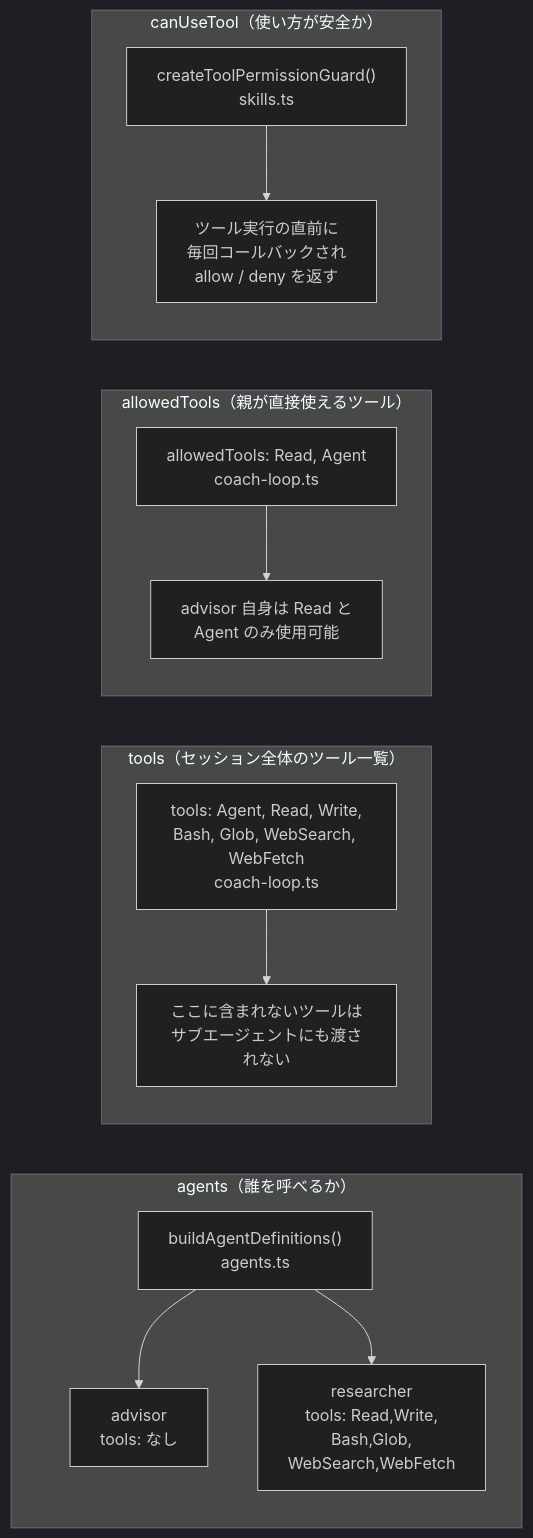
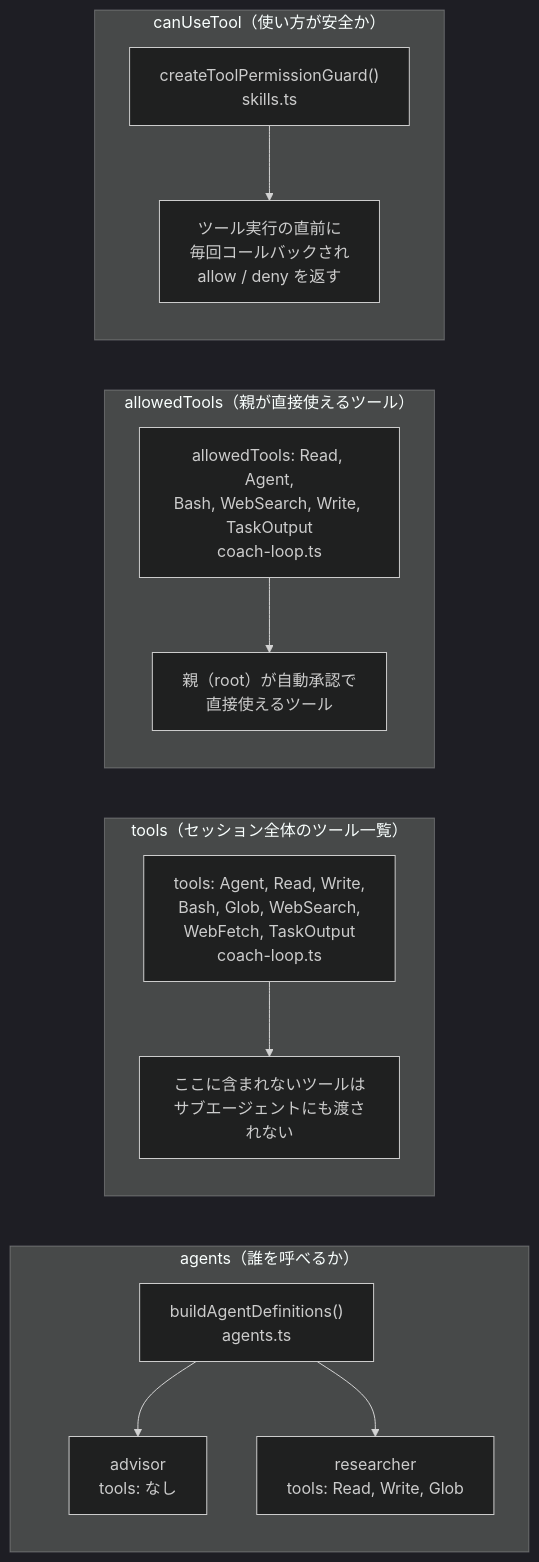
Diagram 17 of 30 in docs/architecture.md (yukaorange/dcc_suport), drawn with Mermaid (dark theme) before and after one commit. The commit also changed other lines of this file and 5 other files, not shown here.

````diff
--- a/docs/architecture.md
+++ b/docs/architecture.md
@@ -512,23 +512,23 @@
 ```mermaid
 flowchart LR
     subgraph agents_prop ["agents（誰を呼べるか）"]
         Def["buildAgentDefinitions()<br>agents.ts"]
         Def --> Advisor2["advisor<br>tools: なし"]
-        Def --> Researcher2["researcher<br>tools: Read,Write,<br>Bash,Glob,<br>WebSearch,WebFetch"]
+        Def --> Researcher2["researcher<br>tools: Read, Write, Glob"]
     end
 
     subgraph tools_prop ["tools（セッション全体のツール一覧）"]
-        Tools2["tools: Agent, Read, Write,<br>Bash, Glob, WebSearch, WebFetch<br>coach-loop.ts"]
+        Tools2["tools: Agent, Read, Write,<br>Bash, Glob, WebSearch,<br>WebFetch, TaskOutput<br>coach-loop.ts"]
         Tools2 --> Menu["ここに含まれないツールは<br>サブエージェントにも渡されない"]
     end
 
     subgraph allowed_prop ["allowedTools（親が直接使えるツール）"]
-        Allowed["allowedTools: Read, Agent<br>coach-loop.ts"]
-        Allowed --> Restrict["advisor 自身は Read と<br>Agent のみ使用可能"]
+        Allowed["allowedTools: Read, Agent,<br>Bash, WebSearch, Write, TaskOutput<br>coach-loop.ts"]
+        Allowed --> Restrict["親（root）が自動承認で<br>直接使えるツール"]
     end
 
     subgraph canuse_prop ["canUseTool（使い方が安全か）"]
         Guard2["createToolPermissionGuard()<br>skills.ts"]
         Guard2 --> Check["ツール実行の直前に<br>毎回コールバックされ<br>allow / deny を返す"]
     end
 ```
````
